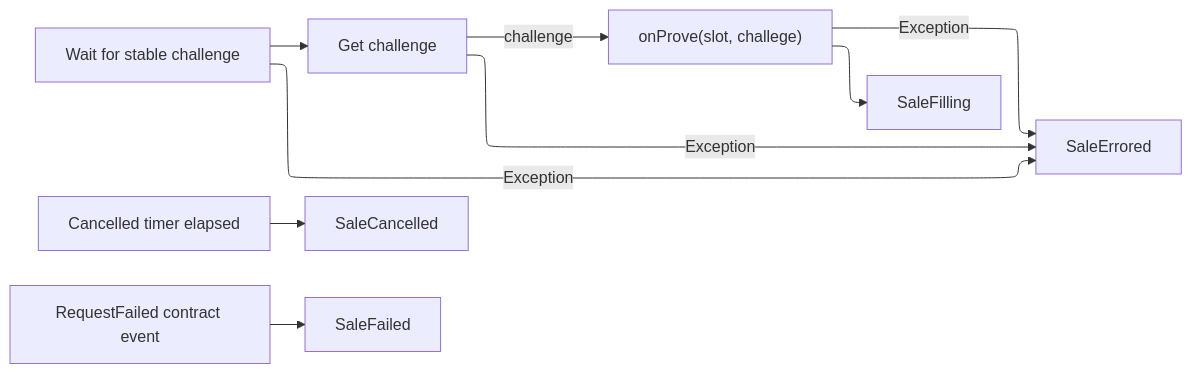
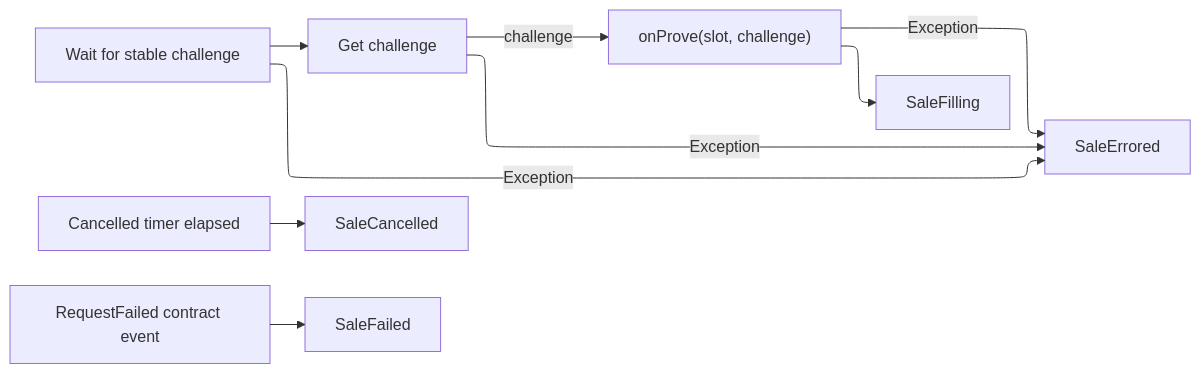
The fourth of 10 diagrams in analysis/recoverability_analysis.md (logos-storage/logos-storage-research), drawn with Mermaid before and after one commit. The commit also changed other lines of this file and 1 other file, not shown here.

````diff
--- a/analysis/recoverability_analysis.md
+++ b/analysis/recoverability_analysis.md
@@ -174,18 +180,18 @@
 ```mermaid
 ---
 config:
   layout: elk
 ---
 flowchart LR
   WaitForStableChallenge["Wait for stable challenge"] -->
   GetChallenge["Get challenge"] -- challenge -->
-  onProve["onProve(slot, challege)"] -->
+  onProve["onProve(slot, challenge)"] -->
   SaleFilling
 
   WaitForStableChallenge -- Exception --> SaleErrored
   GetChallenge -- Exception --> SaleErrored
   onProve -- Exception --> SaleErrored
 
   OnCancelled["Cancelled timer elapsed"] --> SaleCancelled
   OnFailed["RequestFailed contract event"] --> SaleFailed
 ```
````
